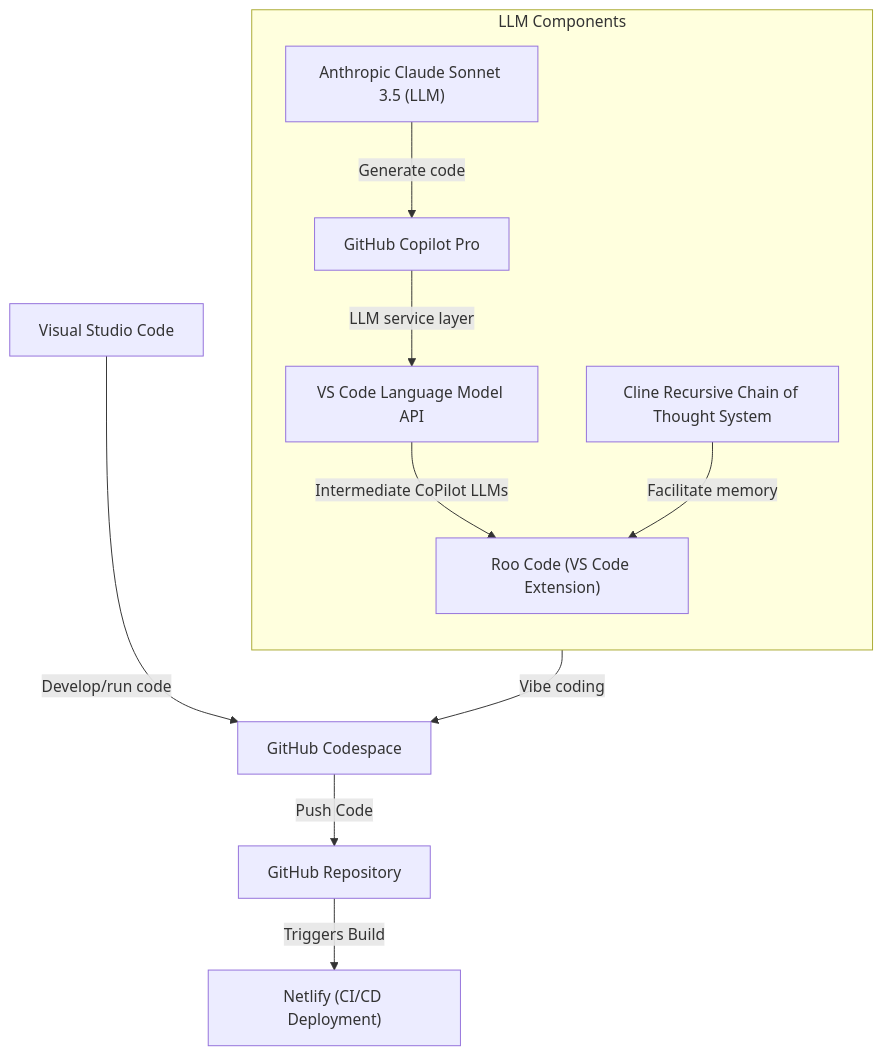
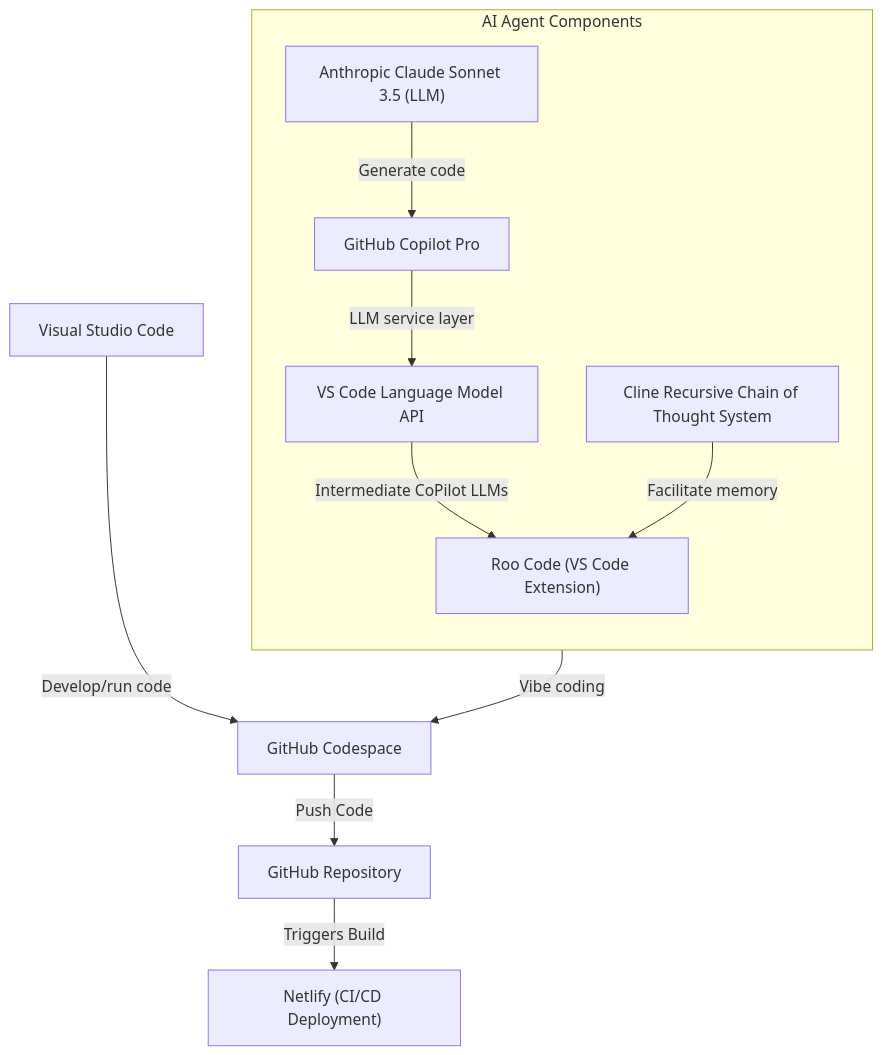
Before and after one commit to RickRinewalt/pipeline: the diagram in README.md, drawn with Mermaid.

````diff
--- a/README.md
+++ b/README.md
@@ -16,25 +16,25 @@
 ```mermaid
 graph TB
     vscode[Visual Studio Code]
     codespace[GitHub Codespace]
     github["GitHub Repository"]
     netlify["Netlify (CI/CD Deployment)"]
 
-    subgraph LLM_TB [LLM Components]
+    subgraph LLM_TB [AI Agent Components]
       direction TB
       roo["Roo Code (VS Code Extension)"]
       crct["Cline Recursive Chain of Thought System"]
       vscode_lmapi[VS Code Language Model API]
       github_copilot[GitHub Copilot Pro]
       sonnet["Anthropic Claude Sonnet 3.5 (LLM)"]
     end
 
     github --> |Triggers Build| netlify
     codespace --> |Push Code| github
     vscode --> |Develop/run code| codespace
     roo --> |Vibe coding| codespace
     vscode_lmapi --> |Intermediate CoPilot LLMs| roo
     github_copilot --> |LLM service layer| vscode_lmapi
     sonnet --> |Generate code| github_copilot
     crct --> |Facilitate memory| roo
 ```
````
